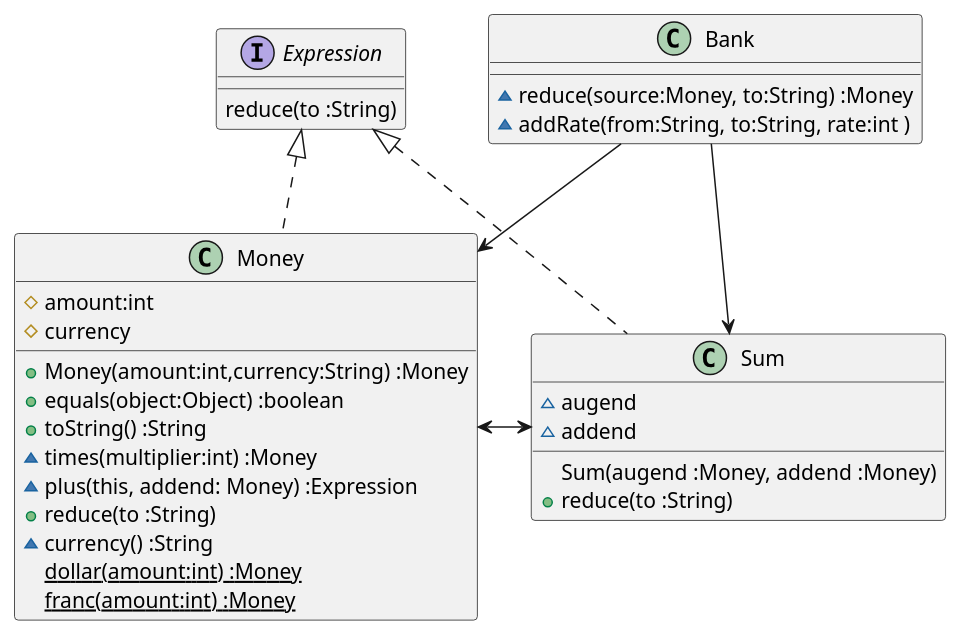
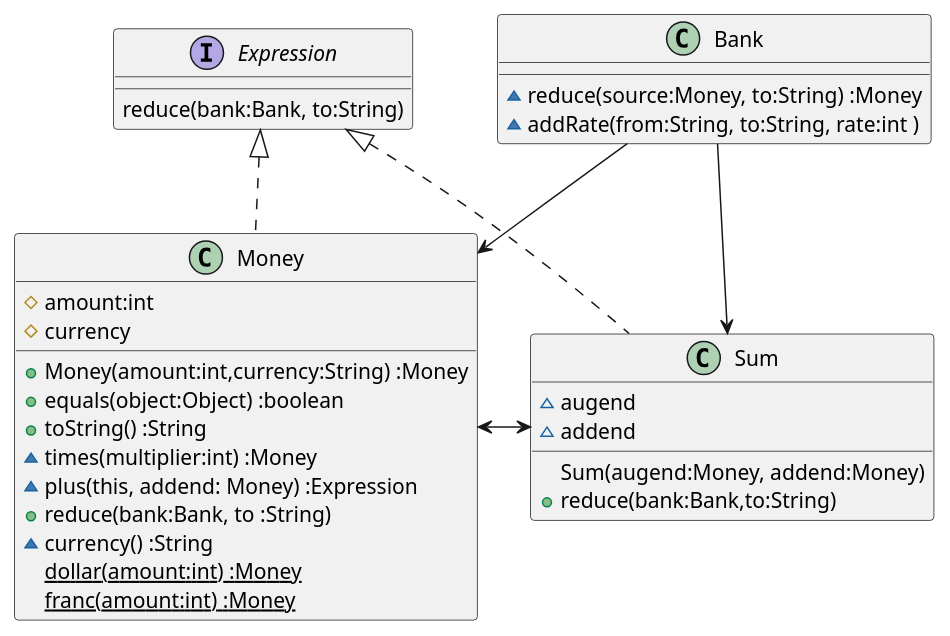
Before and after one commit to k2works/etude_for_java: the first of 2 diagrams in docs/src/TDD.md, drawn with PlantUML. The commit also changed 6 other files, not shown here.

````diff
--- a/docs/src/TDD.md
+++ b/docs/src/TDD.md
@@ -51,33 +51,33 @@
 ```puml
 interface Expression {
-  reduce(to :String)
+  reduce(bank:Bank, to:String)
 }
 class Money {
   #amount:int
   #currency  
   +Money(amount:int,currency:String) :Money
   +equals(object:Object) :boolean  
   +toString() :String
   ~times(multiplier:int) :Money
   ~plus(this, addend: Money) :Expression
-  +reduce(to :String)      
+  +reduce(bank:Bank, to :String)      
   ~currency() :String
   {static} dollar(amount:int) :Money
   {static} franc(amount:int) :Money  
 }
 class Bank {
   ~reduce(source:Money, to:String) :Money
   ~addRate(from:String, to:String, rate:int )
 }
 class Sum {
   ~augend
   ~addend
-  Sum(augend :Money, addend :Money)
-  +reduce(to :String)
+  Sum(augend:Money, addend:Money)
+  +reduce(bank:Bank,to:String)
 }
 Expression <|.. Money
 Expression <|.. Sum
 Money <-> Sum
 Bank --> Sum
 Bank --> Money
 ```
````
